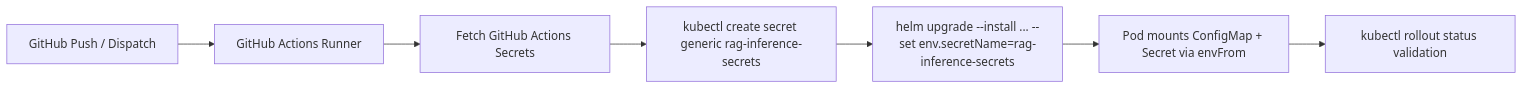
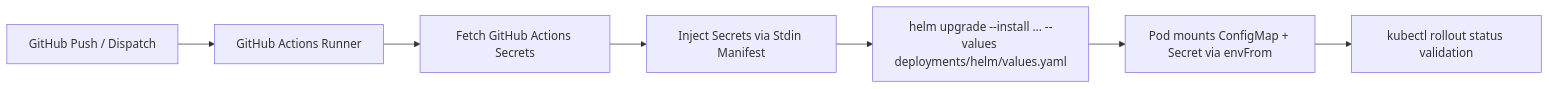
Before and after one commit to Gemejime/Embedding-Reranker-Pools: the diagram in deployments/SECRET_MANAGEMENT.md, drawn with Mermaid. The commit also changed other lines of this file and 6 other files, not shown here.

````diff
--- a/deployments/SECRET_MANAGEMENT.md
+++ b/deployments/SECRET_MANAGEMENT.md
@@ -44,9 +45,9 @@
 ```mermaid
 flowchart LR
     A["GitHub Push / Dispatch"] --> B["GitHub Actions Runner"]
     B --> C["Fetch GitHub Actions Secrets"]
-    C --> D["kubectl create secret generic rag-inference-secrets"]
-    D --> E["helm upgrade --install ... --set env.secretName=rag-inference-secrets"]
+    C --> D["Inject Secrets via Stdin Manifest"]
+    D --> E["helm upgrade --install ... --values deployments/helm/values.yaml"]
     E --> F["Pod mounts ConfigMap + Secret via envFrom"]
     F --> G["kubectl rollout status validation"]
 ```
````
